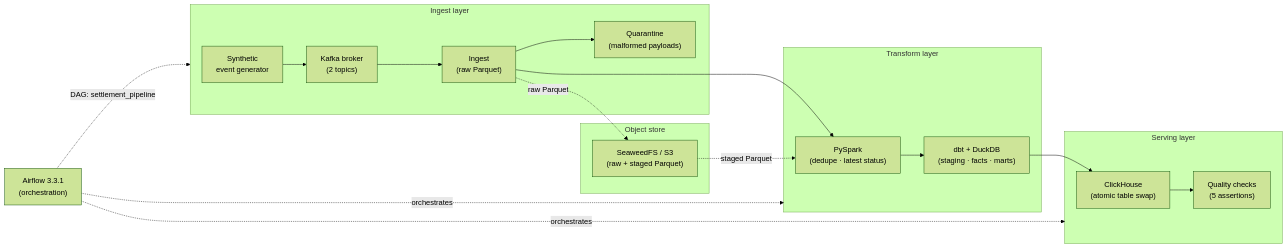
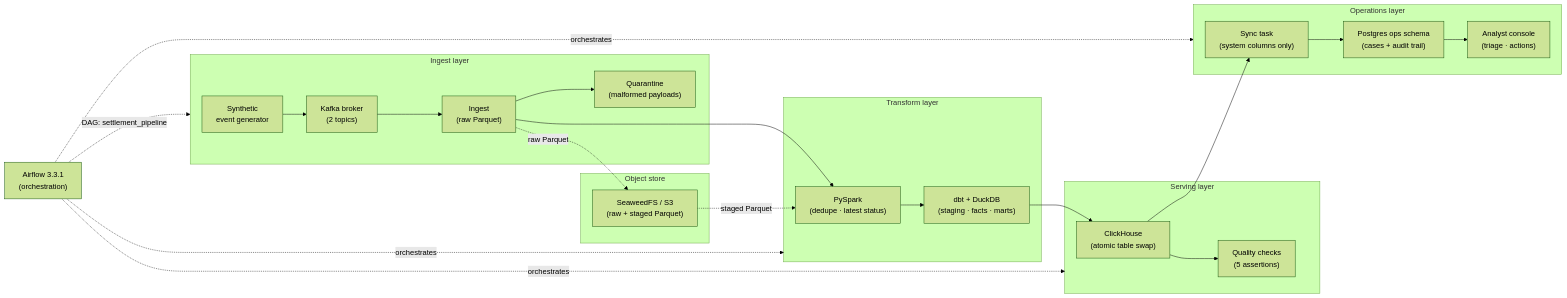
One commit to laurence702/payment-settlement-lakehouse changed the diagram in README.md. Above: the diagram before and after it, drawn with Mermaid (forest theme). The commit also changed other lines of this file, not shown here.

First line of the commit message:
docs(readme): describe the operations layer and correct stale test counts

````diff
--- a/README.md
+++ b/README.md
@@ -35,28 +35,36 @@
 ```mermaid
 flowchart LR
     subgraph Ingest["Ingest layer"]
         G["Synthetic\nevent generator"] --> K["Kafka broker\n(2 topics)"] --> I["Ingest\n(raw Parquet)"]
         I --> Q["Quarantine\n(malformed payloads)"]
     end
 
     subgraph Transform["Transform layer"]
         I --> SP["PySpark\n(dedupe · latest status)"]
         SP --> DBT["dbt + DuckDB\n(staging · facts · marts)"]
     end
 
     subgraph Serve["Serving layer"]
         DBT --> CH["ClickHouse\n(atomic table swap)"]
         CH --> QC["Quality checks\n(5 assertions)"]
     end
 
+    subgraph Ops["Operations layer"]
+        SY["Sync task\n(system columns only)"] --> PG["Postgres ops schema\n(cases + audit trail)"]
+        PG --> CON["Analyst console\n(triage · actions)"]
+    end
+
+    CH --> SY
+
     subgraph Store["Object store"]
         S3["SeaweedFS / S3\n(raw + staged Parquet)"]
     end
 
     I -. raw Parquet .-> S3
     S3 -. staged Parquet .-> SP
 
     A["Airflow 3.3.1\n(orchestration)"] -. DAG: settlement_pipeline .-> Ingest
     A -. orchestrates .-> Transform
     A -. orchestrates .-> Serve
+    A -. orchestrates .-> Ops
 ```
````
